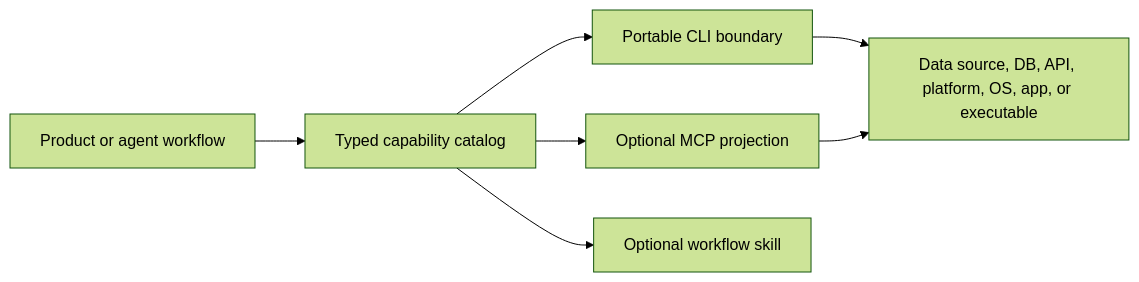
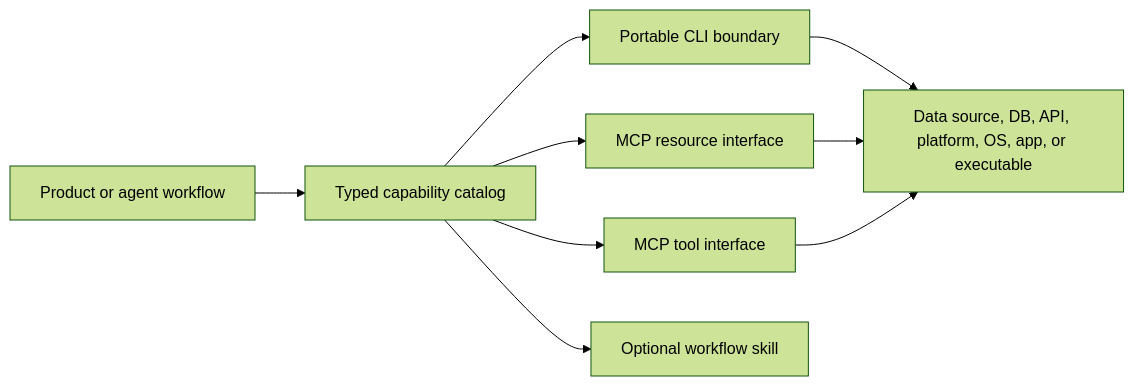
The diagram in docs/architecture/ecosystem-topology.md (Sofreshx/Elegy), drawn with Mermaid (forest theme) before and after one commit. The commit also changed other lines of this file and 15 other files, not shown here.

Commit message:
elegy: establish interface authority and catalog v2 terminology

````diff
--- a/docs/architecture/ecosystem-topology.md
+++ b/docs/architecture/ecosystem-topology.md
@@ -19,9 +19,11 @@
 ```mermaid
 flowchart LR
     product["Product or agent workflow"] --> catalog["Typed capability catalog"]
     catalog --> cli["Portable CLI boundary"]
-    catalog --> mcp["Optional MCP projection"]
+    catalog --> resource["MCP resource interface"]
+    catalog --> tool["MCP tool interface"]
     catalog --> skill["Optional workflow skill"]
     cli --> boundary["Data source, DB, API, platform, OS, app, or executable"]
-    mcp --> boundary
+    resource --> boundary
+    tool --> boundary
 ```
````
